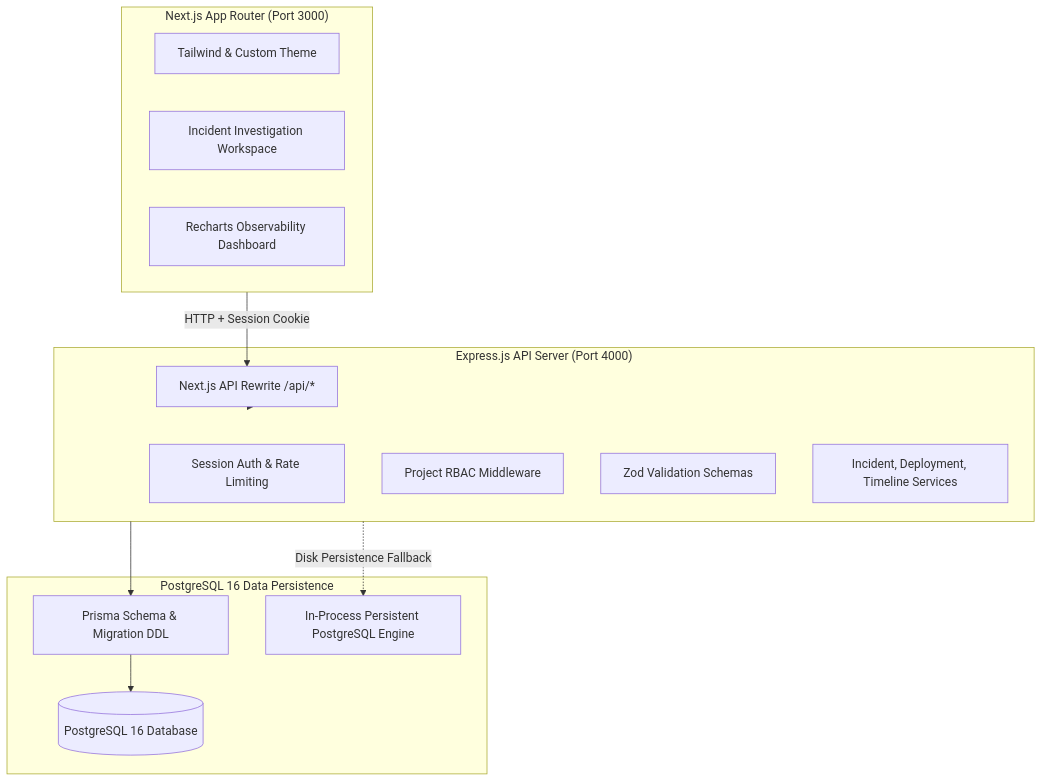
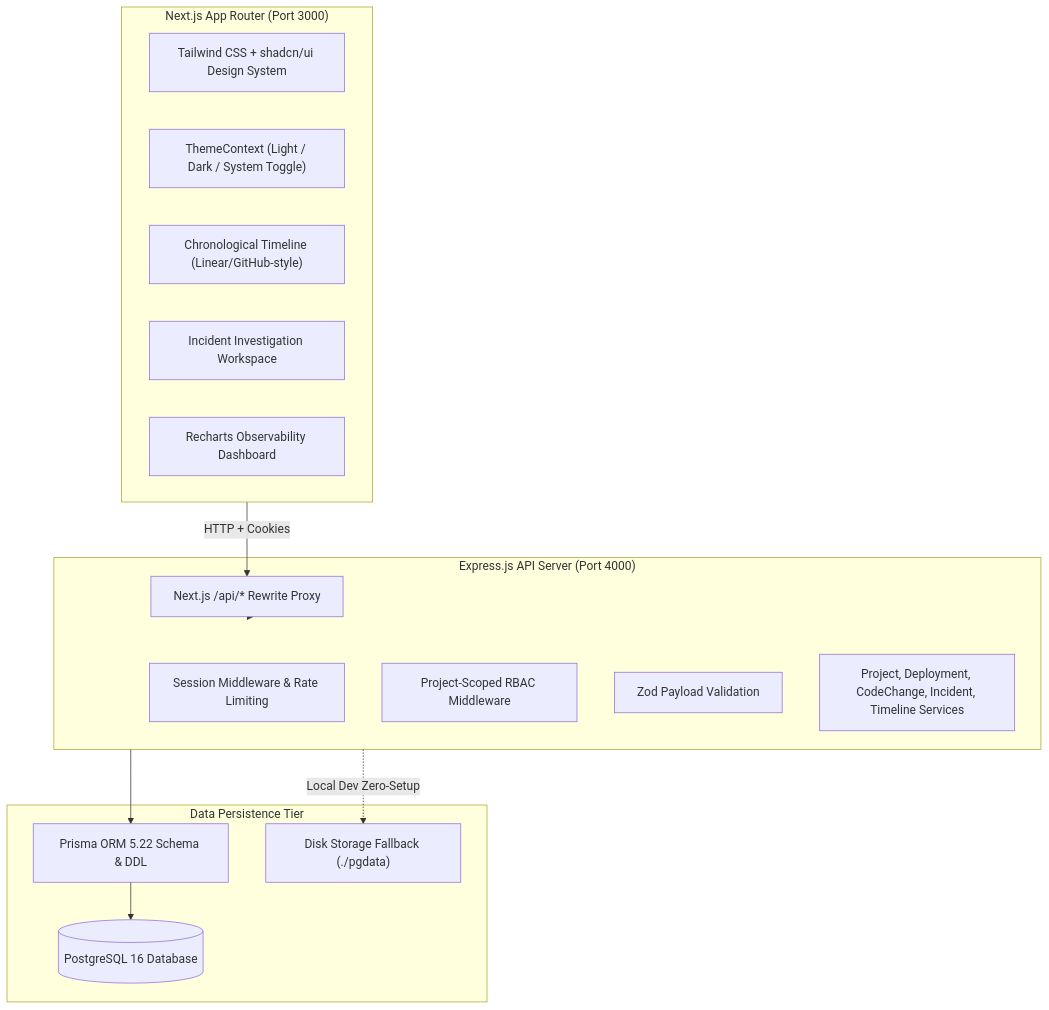
Before and after one commit to S-T-HARINI/VestiNex: the diagram in README.md, drawn with Mermaid. The commit also changed other lines of this file and 4 other files, not shown here.

````diff
--- a/README.md
+++ b/README.md
@@ -46,28 +52,30 @@
 ```mermaid
 graph TB
     subgraph Client["Next.js App Router (Port 3000)"]
-        UI[Tailwind & Custom Theme]
-        Workspace[Incident Investigation Workspace]
-        Dashboard[Recharts Observability Dashboard]
+        UI["Tailwind CSS + shadcn/ui Design System"]
+        Theme["ThemeContext (Light / Dark / System Toggle)"]
+        Timeline["Chronological Timeline (Linear/GitHub-style)"]
+        Workspace["Incident Investigation Workspace"]
+        Dashboard["Recharts Observability Dashboard"]
     end
 
     subgraph Server["Express.js API Server (Port 4000)"]
-        Proxy[Next.js API Rewrite /api/*]
-        Auth[Session Auth & Rate Limiting]
-        RBAC[Project RBAC Middleware]
-        Zod[Zod Validation Schemas]
-        Services[Incident, Deployment, Timeline Services]
+        ReverseProxy["Next.js /api/* Rewrite Proxy"]
+        SessionAuth["Session Middleware & Rate Limiting"]
+        RBAC["Project-Scoped RBAC Middleware"]
+        Zod["Zod Payload Validation"]
+        Services["Project, Deployment, CodeChange, Incident, Timeline Services"]
     end
 
-    subgraph DataTier["PostgreSQL 16 Data Persistence"]
-        DB[(PostgreSQL 16 Database)]
-        Prisma[Prisma Schema & Migration DDL]
-        PGlite[In-Process Persistent PostgreSQL Engine]
+    subgraph DataTier["Data Persistence Tier"]
+        DB[("PostgreSQL 16 Database")]
+        Prisma["Prisma ORM 5.22 Schema & DDL"]
+        DiskPersistence["Disk Storage Fallback (./pgdata)"]
     end
 
-    Client -->|HTTP + Session Cookie| Proxy
-    Proxy --> Server
+    Client -->|HTTP + Cookies| ReverseProxy
+    ReverseProxy --> Server
     Server --> Prisma
     Prisma --> DB
-    Server -.->|Disk Persistence Fallback| PGlite
+    Server -.->|Local Dev Zero-Setup| DiskPersistence
 ```
````
